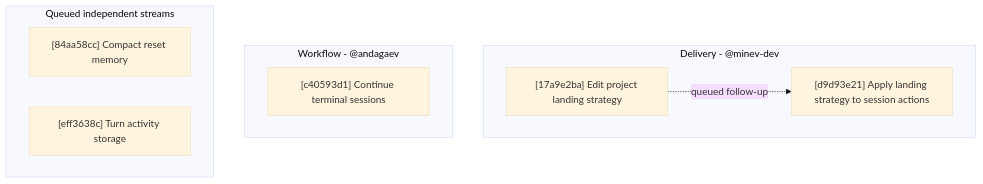
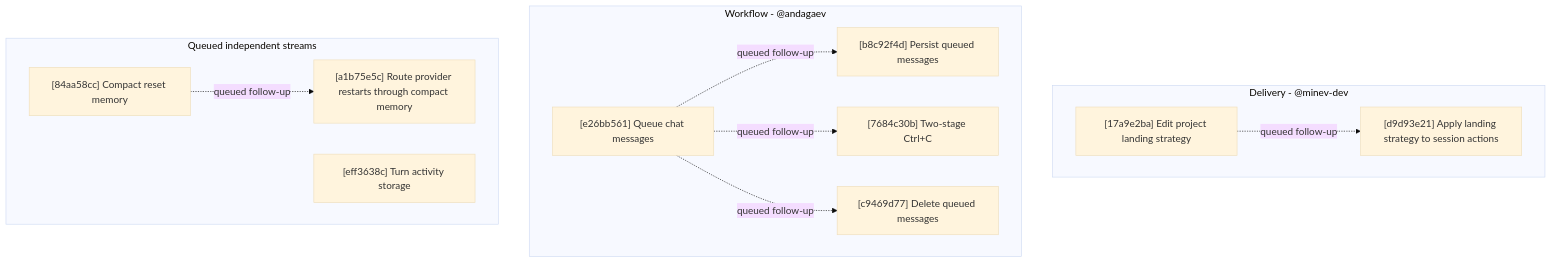
One commit to agentty-xyz/agentty changed the diagram in docs/plan/roadmap.md. Above: the diagram before and after it, drawn with Mermaid (base theme). The commit also changed other lines of this file, not shown here.

````diff
--- a/docs/plan/roadmap.md
+++ b/docs/plan/roadmap.md
@@ -100,17 +101,25 @@
 ```mermaid
 flowchart TD
     subgraph DeliveryLane["Delivery - @minev-dev"]
         D1["[17a9e2ba] Edit project landing strategy"]
         D2["[d9d93e21] Apply landing strategy to session actions"]
         D1 -. queued follow-up .-> D2
     end
 
     subgraph WorkflowLane["Workflow - @andagaev"]
-        W1["[c40593d1] Continue terminal sessions"]
+        W1["[e26bb561] Queue chat messages"]
+        W2["[b8c92f4d] Persist queued messages"]
+        W3["[7684c30b] Two-stage Ctrl+C"]
+        W4["[c9469d77] Delete queued messages"]
+        W1 -. queued follow-up .-> W2
+        W1 -. queued follow-up .-> W3
+        W1 -. queued follow-up .-> W4
     end
 
     subgraph LaterLanes["Queued independent streams"]
         P1["[84aa58cc] Compact reset memory"]
+        P2["[a1b75e5c] Route provider restarts through compact memory"]
         S1["[eff3638c] Turn activity storage"]
+        P1 -. queued follow-up .-> P2
     end
 ```
````
